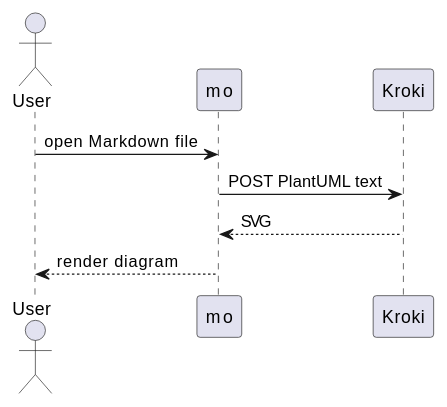
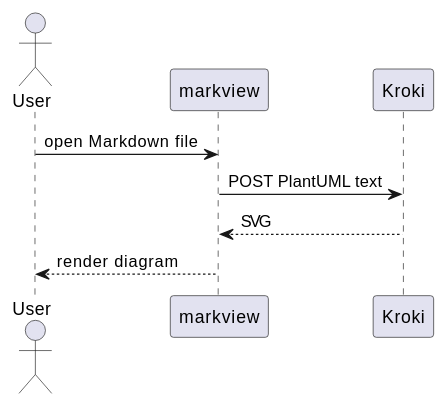
One commit to kooksee/markview changed the first of 2 diagrams in testdata/plantuml.md. Above: the diagram before and after it, drawn with PlantUML. The commit also changed 116 other files, not shown here.

````diff
--- a/testdata/plantuml.md
+++ b/testdata/plantuml.md
@@ -3,12 +3,12 @@
 ```plantuml
 @startuml
 actor User
-participant "mo" as MO
+participant "markview" as MARKVIEW
 participant Kroki
 
-User -> MO: open Markdown file
-MO -> Kroki: POST PlantUML text
-Kroki --> MO: SVG
-MO --> User: render diagram
+User -> MARKVIEW: open Markdown file
+MARKVIEW -> Kroki: POST PlantUML text
+Kroki --> MARKVIEW: SVG
+MARKVIEW --> User: render diagram
 @enduml
 ```
````
